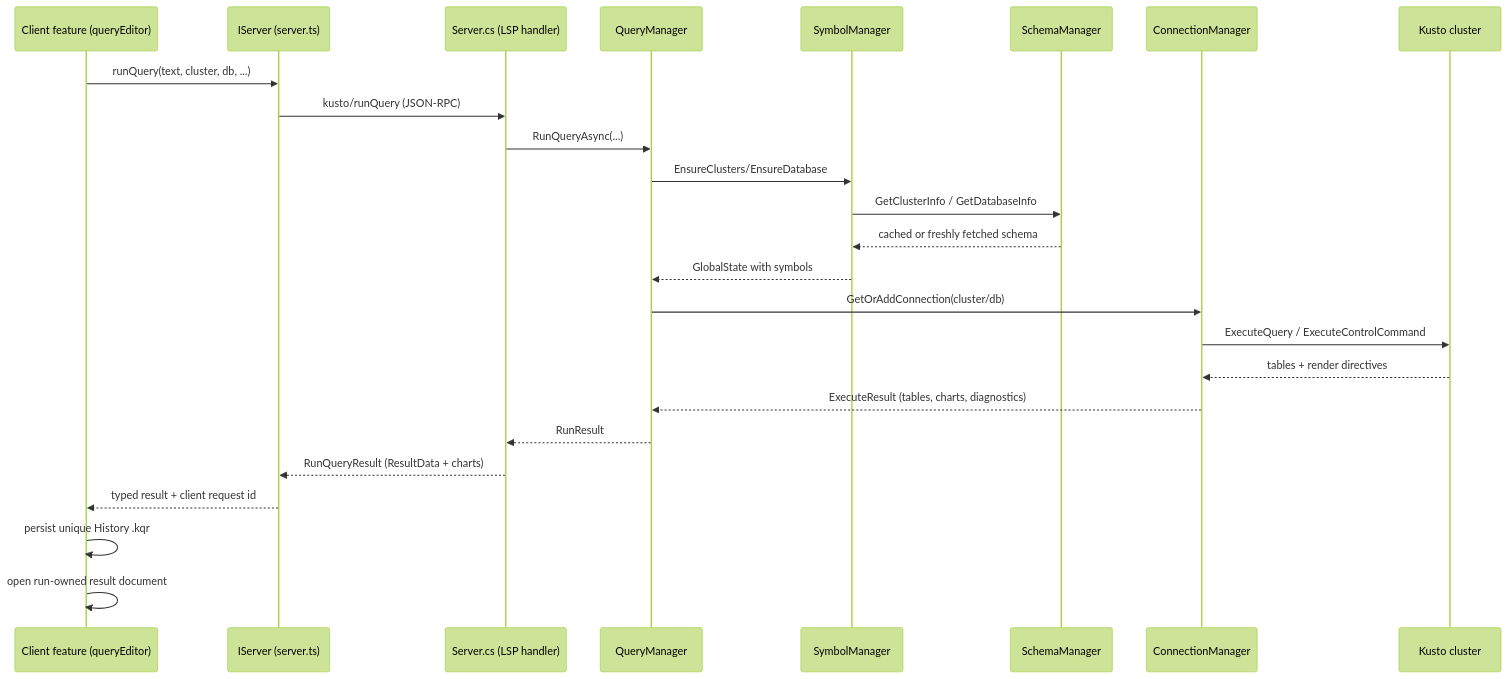
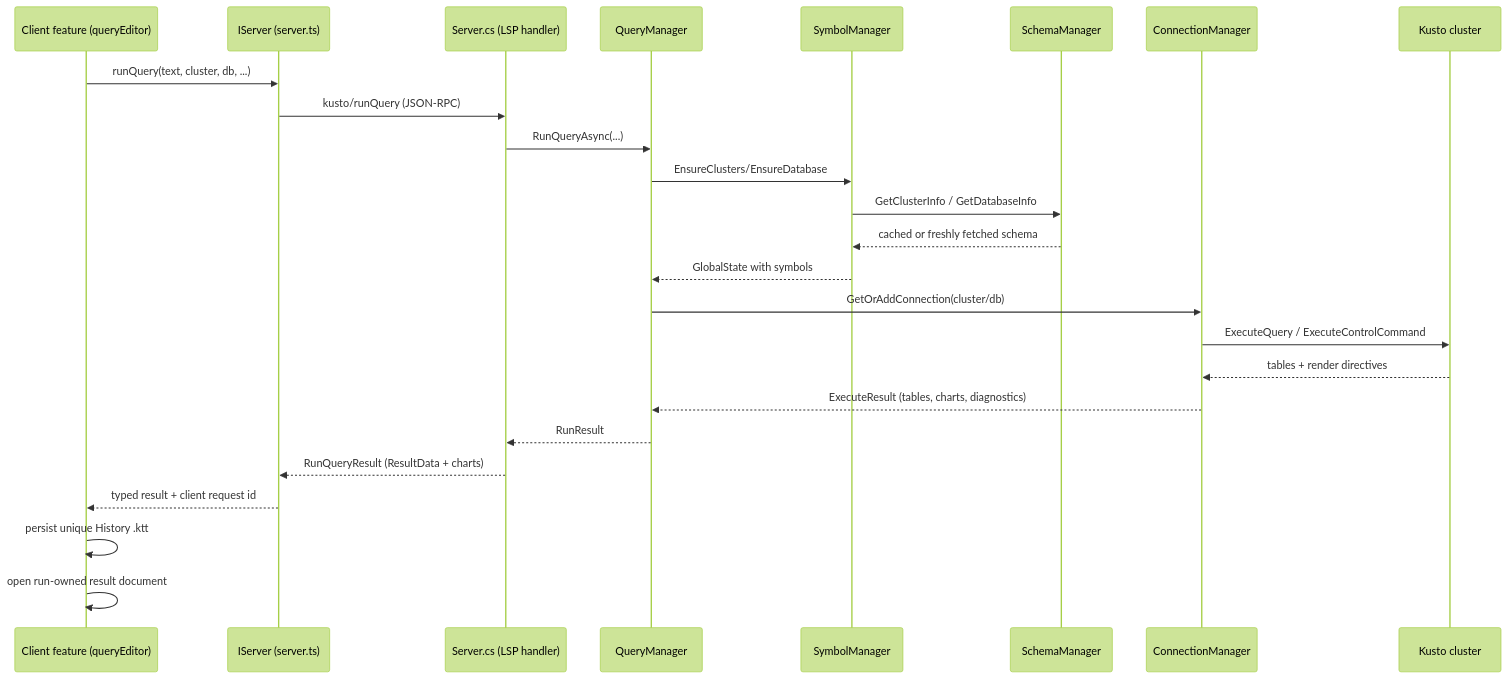
The second of 2 diagrams in ARCHITECTURE.md (sgmunn/Kusto-Explorer-VsCode), drawn with Mermaid (forest theme) before and after one commit. The commit also changed other lines of this file and 13 other files, not shown here.

Commit message:
Save KustoTraceTools results as ktt with legacy kqr support

````diff
--- a/ARCHITECTURE.md
+++ b/ARCHITECTURE.md
@@ -287,28 +287,28 @@
 ```mermaid
 sequenceDiagram
     participant UI as Client feature (queryEditor)
     participant S as IServer (server.ts)
     participant LS as Server.cs (LSP handler)
     participant QM as QueryManager
     participant SM as SymbolManager
     participant SCH as SchemaManager
     participant CM as ConnectionManager
     participant K as Kusto cluster
 
     UI->>S: runQuery(text, cluster, db, ...)
     S->>LS: kusto/runQuery (JSON-RPC)
     LS->>QM: RunQueryAsync(...)
     QM->>SM: EnsureClusters/EnsureDatabase
     SM->>SCH: GetClusterInfo / GetDatabaseInfo
     SCH-->>SM: cached or freshly fetched schema
     SM-->>QM: GlobalState with symbols
     QM->>CM: GetOrAddConnection(cluster/db)
     CM->>K: ExecuteQuery / ExecuteControlCommand
     K-->>CM: tables + render directives
     CM-->>QM: ExecuteResult (tables, charts, diagnostics)
     QM-->>LS: RunResult
     LS-->>S: RunQueryResult (ResultData + charts)
     S-->>UI: typed result + client request id
-    UI->>UI: persist unique History .kqr
+    UI->>UI: persist unique History .ktt
     UI->>UI: open run-owned result document
 ```
````
